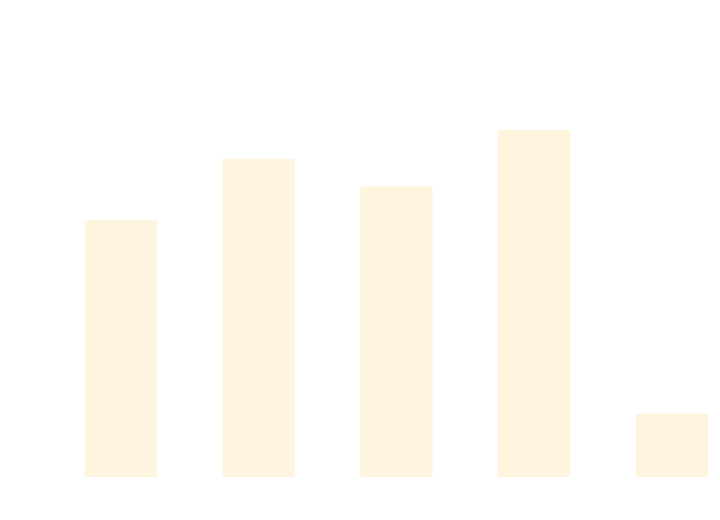
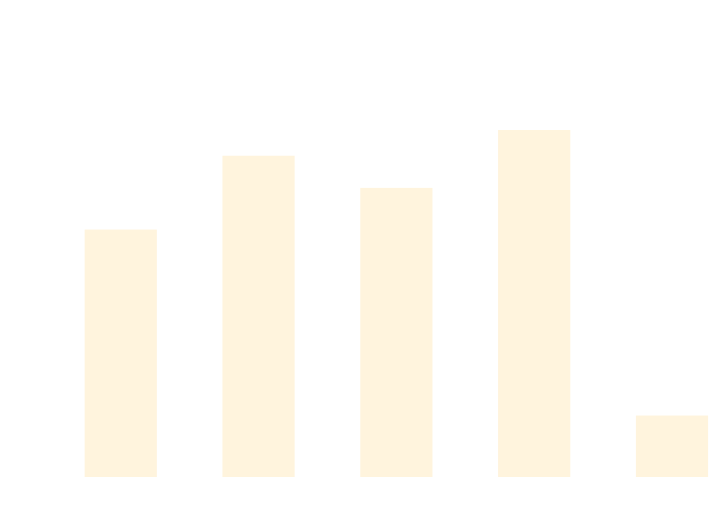
The diagram in docs/docs/benchmarks/AsyncTests.md (weiyilai/TUnit), drawn with Mermaid before and after one commit. The commit also changed other lines of this file and 17 other files, not shown here.

````diff
--- a/docs/docs/benchmarks/AsyncTests.md
+++ b/docs/docs/benchmarks/AsyncTests.md
@@ -27,37 +27,37 @@
 ```mermaid
 %%{init: {
   'theme':'base',
   'themeVariables': {
     'primaryColor': '#2563eb',
     'primaryTextColor': '#ffffff',
     'primaryBorderColor': '#1e40af',
     'lineColor': '#6b7280',
     'secondaryColor': '#7c3aed',
     'tertiaryColor': '#dc2626',
     'background': '#ffffff',
     'mainBkg': '#2563eb',
     'secondBkg': '#7c3aed',
     'tertiaryBkg': '#dc2626',
     'clusterBkg': '#f3f4f6',
     'edgeLabelBackground': '#ffffff',
     'tertiaryTextColor': '#1f2937',
     'pie1': '#2563eb',
     'pie2': '#7c3aed',
     'pie3': '#dc2626',
     'pie4': '#f59e0b',
     'pie5': '#10b981',
     'pie6': '#06b6d4',
     'pie7': '#ec4899',
     'pie8': '#6366f1',
     'pie9': '#84cc16',
     'pie10': '#f97316',
     'pie11': '#14b8a6',
     'pie12': '#a855f7'
   }
 }}%%
 xychart-beta
   title "AsyncTests Performance Comparison"
   x-axis ["TUnit", "NUnit", "MSTest", "xUnit3", "TUnit_AOT"]
-  y-axis "Time (ms)" 0 --> 905
-  bar [553.1, 689.8, 628.2, 754, 123]
+  y-axis "Time (ms)" 0 --> 941
+  bar [553.6, 724.3, 650, 783.8, 123.6]
 ```
````
